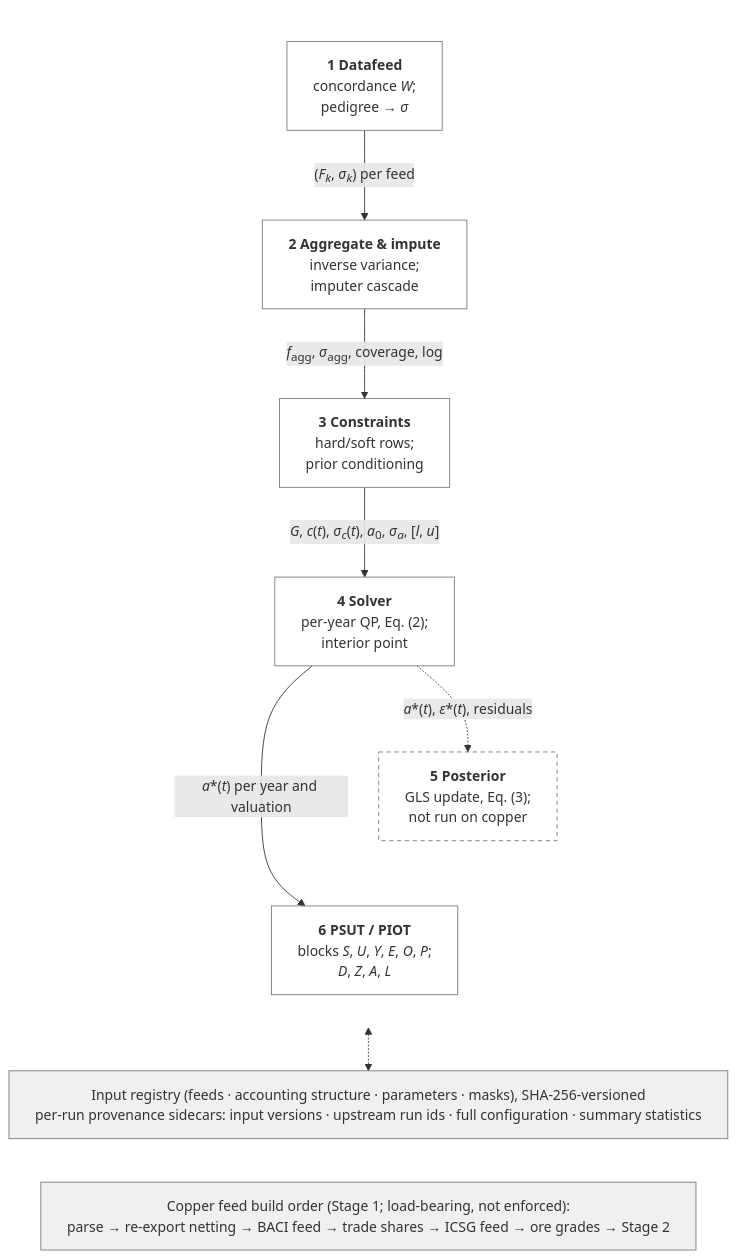
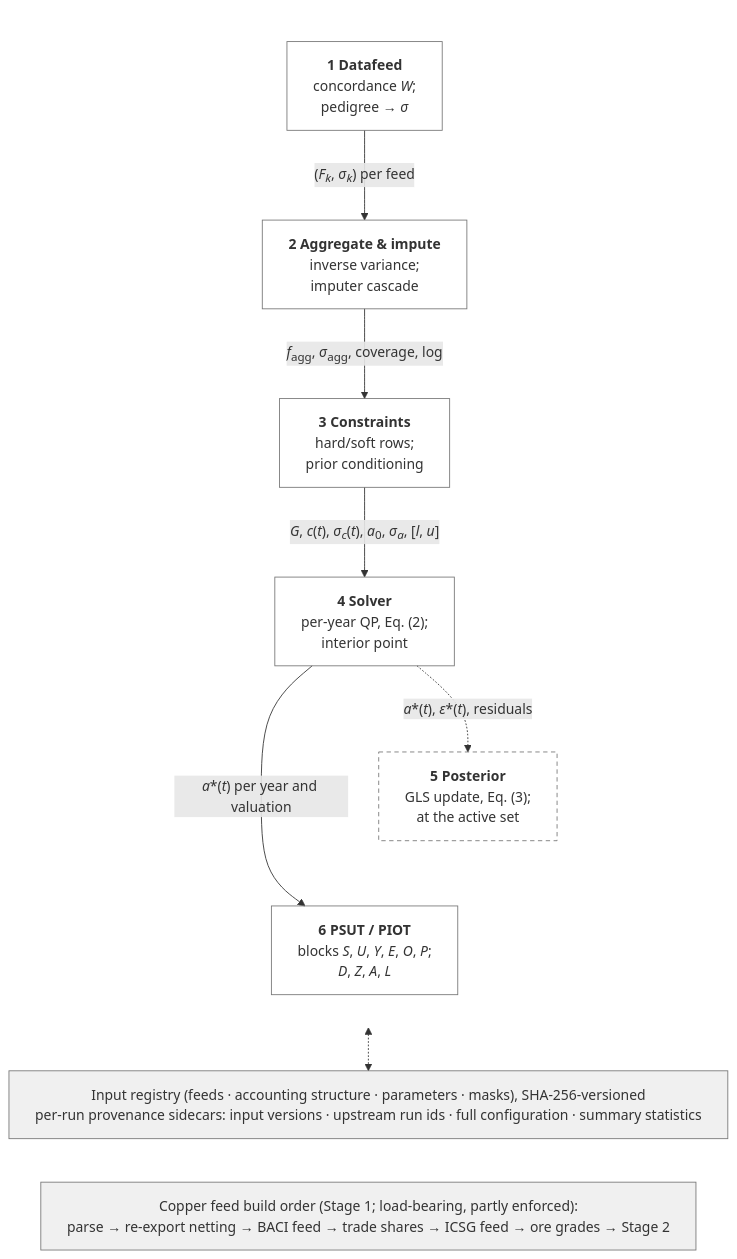
Before and after one commit to florihu/pySUTO: the first of 2 diagrams in docs/manuscript/method.md, drawn with Mermaid. The commit also changed other lines of this file and 6 other files, not shown here.

````diff
--- a/docs/manuscript/method.md
+++ b/docs/manuscript/method.md
@@ -69,33 +144,33 @@
 ```mermaid
 ---
 config:
   flowchart:
     wrappingWidth: 800
 ---
 flowchart TB
   subgraph pipe [" "]
     direction TB
     s1["<b>1 Datafeed</b><br/>concordance <i>W</i>;<br/>pedigree → <i>σ</i>"]
     s2["<b>2 Aggregate &amp; impute</b><br/>inverse variance;<br/>imputer cascade"]
     s3["<b>3 Constraints</b><br/>hard/soft rows;<br/>prior conditioning"]
     s4["<b>4 Solver</b><br/>per-year QP, Eq. (2);<br/>interior point"]
-    s5["<b>5 Posterior</b><br/>GLS update, Eq. (3);<br/>not run on copper"]
+    s5["<b>5 Posterior</b><br/>GLS update, Eq. (3);<br/>at the active set"]
     s6["<b>6 PSUT / PIOT</b><br/>blocks <i>S</i>, <i>U</i>, <i>Y</i>, <i>E</i>, <i>O</i>, <i>P</i>;<br/><i>D</i>, <i>Z</i>, <i>A</i>, <i>L</i>"]
     s1 -- "(<i>F<sub>k</sub></i>, <i>σ<sub>k</sub></i>) per feed" --> s2
     s2 -- "<i>f</i><sub>agg</sub>, <i>σ</i><sub>agg</sub>, coverage, log" --> s3
     s3 -- "<i>G</i>, <i>c</i>(<i>t</i>), <i>σ<sub>c</sub></i>(<i>t</i>), <i>a</i><sub>0</sub>, <i>σ<sub>a</sub></i>, [<i>l</i>, <i>u</i>]" --> s4
     s4 -. "<i>a</i>*(<i>t</i>), <i>ε</i>*(<i>t</i>), residuals" .-> s5
     s4 -- "<i>a</i>*(<i>t</i>) per year and valuation" --> s6
     s5 ~~~ s6
   end
   reg["Input registry (feeds · accounting structure · parameters · masks), SHA-256-versioned<br/>per-run provenance sidecars: input versions · upstream run ids · full configuration · summary statistics"]
-  build["Copper feed build order (Stage 1; load-bearing, not enforced):<br/>parse → re-export netting → BACI feed → trade shares → ICSG feed → ore grades → Stage 2"]
+  build["Copper feed build order (Stage 1; load-bearing, partly enforced):<br/>parse → re-export netting → BACI feed → trade shares → ICSG feed → ore grades → Stage 2"]
   pipe <-.-> reg
   reg ~~~ build
   classDef stage fill:none,stroke:#777
   classDef strip fill:#8080801f,stroke:#777
   class s1,s2,s3,s4,s5,s6 stage
   class reg,build strip
   style pipe fill:none,stroke:none
   style s5 stroke-dasharray:5 4
 ```
````
